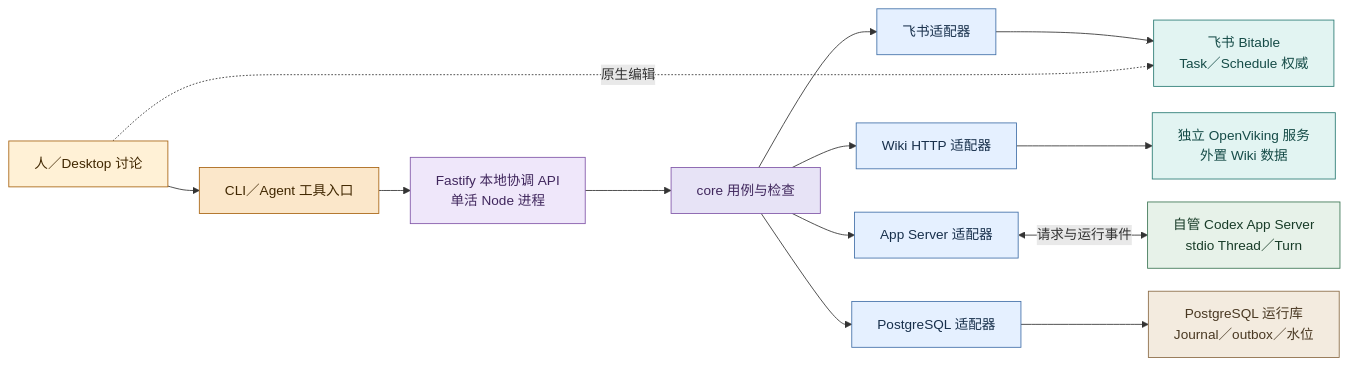
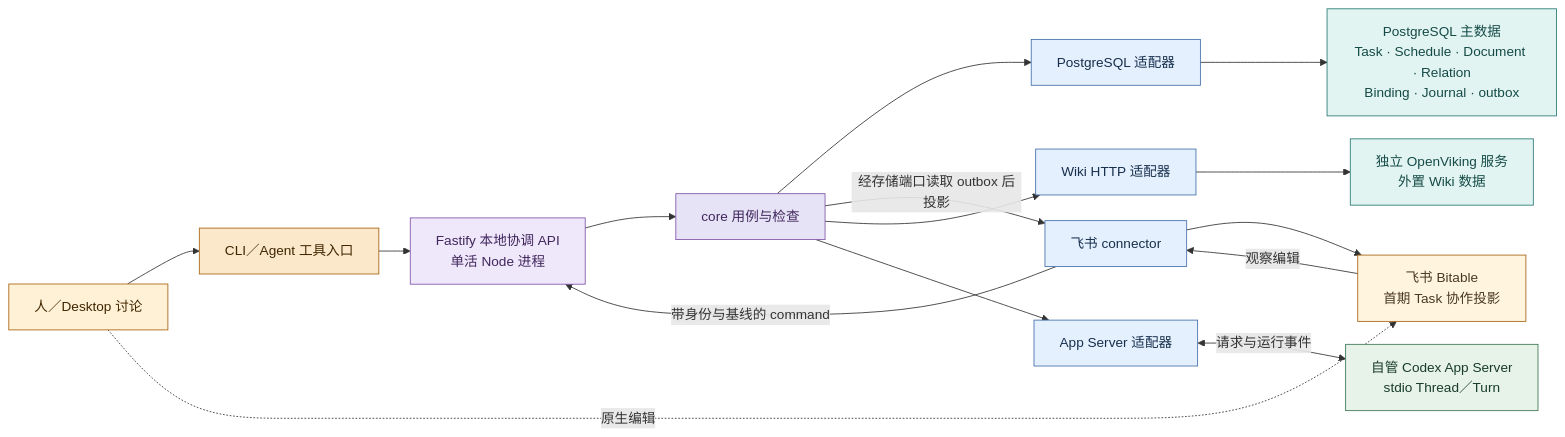
Before and after one commit to cyl19970726/evoLoop: the second of 2 diagrams in docs/architecture/packages.md, drawn with Mermaid. The commit also changed other lines of this file and 20 other files, not shown here.

````diff
--- a/docs/architecture/packages.md
+++ b/docs/architecture/packages.md
@@ -66,20 +66,22 @@
 ```mermaid
 %%{init: {"flowchart":{"wrappingWidth":210,"nodeSpacing":27,"rankSpacing":37}}}%%
 flowchart LR
   H["人／Desktop 讨论"]:::human --> B["CLI／Agent 工具入口"]:::entry
   B --> A["Fastify 本地协调 API<br/>单活 Node 进程"]:::app
   A --> C["core 用例与检查"]:::core
-  C --> F["飞书适配器"]:::adapter --> FS["飞书 Bitable<br/>Task／Schedule 权威"]:::authority
+  C --> L["PostgreSQL 适配器"]:::adapter --> DB["PostgreSQL 主数据<br/>Task · Schedule · Document · Relation<br/>Binding · Journal · outbox"]:::authority
+  C -->|经存储端口读取 outbox 后投影| F["飞书 connector"]:::adapter --> FS["飞书 Bitable<br/>首期 Task 协作投影"]:::projection
+  FS -->|观察编辑| F
+  F -->|带身份与基线的 command| A
   C --> W["Wiki HTTP 适配器"]:::adapter --> OV["独立 OpenViking 服务<br/>外置 Wiki 数据"]:::authority
   C --> R["App Server 适配器"]:::adapter <-->|请求与运行事件| AS["自管 Codex App Server<br/>stdio Thread／Turn"]:::external
-  C --> L["PostgreSQL 适配器"]:::adapter --> DB["PostgreSQL 运行库<br/>Journal／outbox／水位"]:::state
   H -.->|原生编辑| FS
   classDef human fill:#FFF1D6,stroke:#A86412,color:#402700
   classDef entry fill:#FBE7CA,stroke:#A86412,color:#402700
   classDef app fill:#EFE7FA,stroke:#8056A8,color:#40275D
   classDef core fill:#E7E3F6,stroke:#8056A8,color:#40275D
   classDef adapter fill:#E5F0FF,stroke:#4270A8,color:#172F4B
   classDef authority fill:#E2F4F2,stroke:#297A73,color:#154B47
+  classDef projection fill:#FFF5DF,stroke:#A86412,color:#493822
   classDef external fill:#E7F2E9,stroke:#3C7654,color:#183C28
-  classDef state fill:#F3EBDF,stroke:#8A6B45,color:#493822
 ```
````
